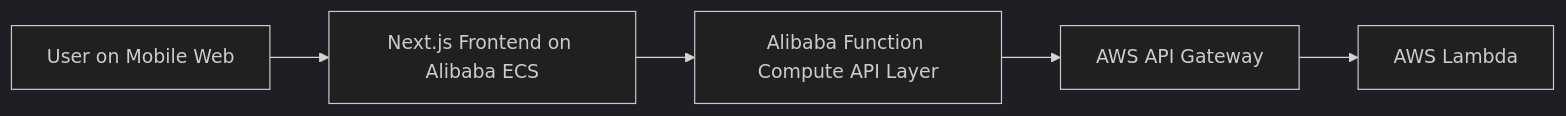
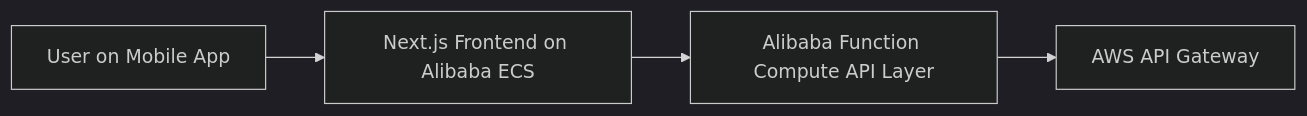
One commit to KaiJeng613/jomsantai-securityfraud-tngfinhack-frontend-2026 changed the diagram in README.md. Above: the diagram before and after it, drawn with Mermaid (dark theme). The commit also changed other lines of this file, not shown here.

Commit message:
remove lambda stuff

````diff
--- a/README.md
+++ b/README.md
@@ -235,13 +233,11 @@
 ```mermaid
 flowchart LR
-    U["User on Mobile Web"]
+    U["User on Mobile App"]
     F["Next.js Frontend on Alibaba ECS"]
     FC["Alibaba Function Compute API Layer"]
     AGW["AWS API Gateway"]
-    L["AWS Lambda"]
 
     U --> F
     F --> FC
     FC --> AGW
-    AGW --> L
 ```
````
